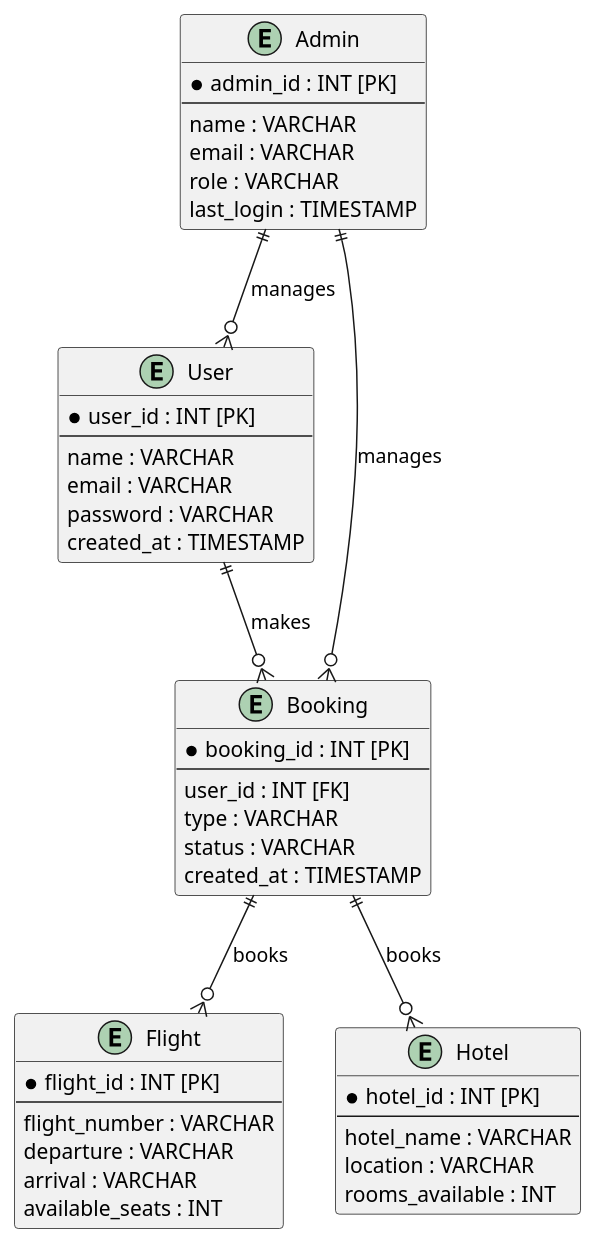
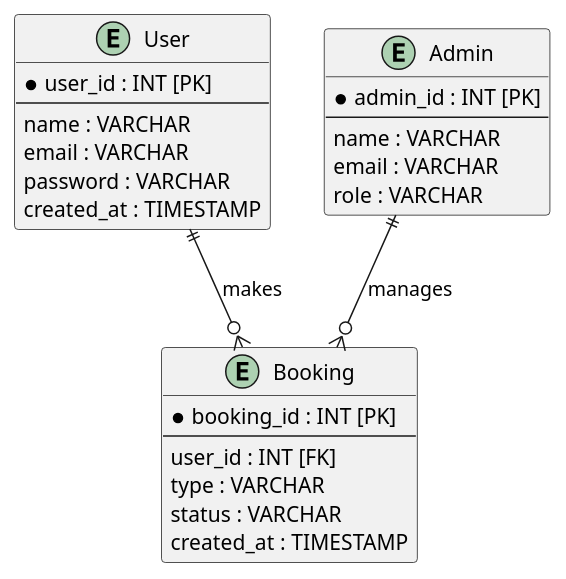
One commit to IIITLucknowSWEngg/CSAICSBTeam014 changed the fourth of 5 diagrams in Assignment 2/Design.md. Above: the diagram before and after it, drawn with PlantUML. The commit also changed other lines of this file, not shown here.

````diff
--- a/Assignment 2/Design.md
+++ b/Assignment 2/Design.md
@@ -215,54 +206,33 @@
 ```plantuml
 @startuml
 entity User {
     * user_id : INT [PK]
     ---
     name : VARCHAR
     email : VARCHAR
     password : VARCHAR
     created_at : TIMESTAMP
 }
 
 entity Booking {
     * booking_id : INT [PK]
     ---
     user_id : INT [FK]
     type : VARCHAR
     status : VARCHAR
     created_at : TIMESTAMP
 }
 
 entity Admin {
     * admin_id : INT [PK]
     ---
     name : VARCHAR
     email : VARCHAR
     role : VARCHAR
-    last_login : TIMESTAMP
-}
-
-entity Flight {
-    * flight_id : INT [PK]
-    ---
-    flight_number : VARCHAR
-    departure : VARCHAR
-    arrival : VARCHAR
-    available_seats : INT
-}
-
-entity Hotel {
-    * hotel_id : INT [PK]
-    ---
-    hotel_name : VARCHAR
-    location : VARCHAR
-    rooms_available : INT
 }
 
 User ||--o{ Booking : "makes"
 Admin ||--o{ Booking : "manages"
-Admin ||--o{ User : "manages"
-Booking ||--o{ Flight : "books"
-Booking ||--o{ Hotel : "books"
 @enduml
 
 ```
````
